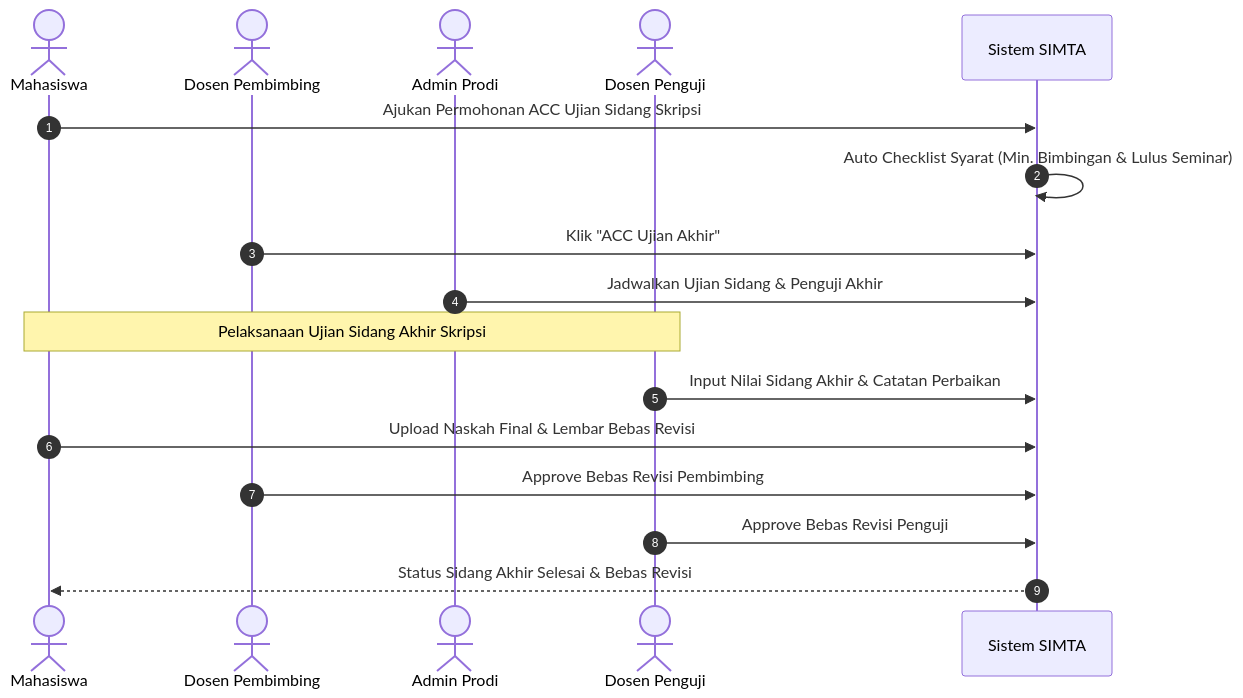
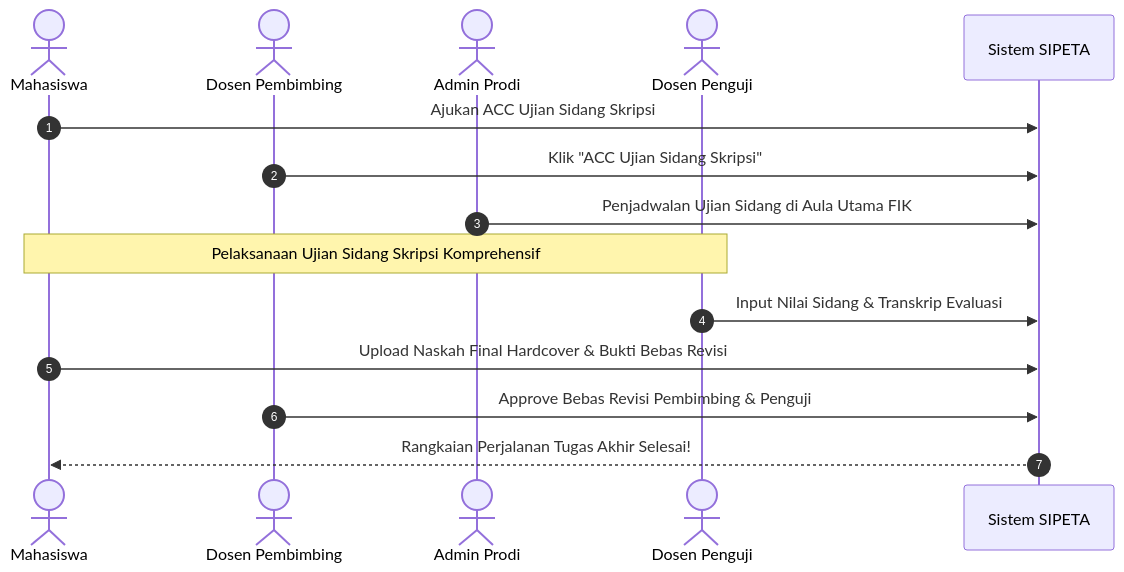
One commit to DanuZen/isi-final-project changed the fifth of 5 diagrams in docs/WORKFLOWS.md. Above: the diagram before and after it, drawn with Mermaid. The commit also changed other lines of this file and 21 other files, not shown here.

````diff
--- a/docs/WORKFLOWS.md
+++ b/docs/WORKFLOWS.md
@@ -144,21 +105,19 @@
 ```mermaid
 sequenceDiagram
     autonumber
     actor M as Mahasiswa
     actor D as Dosen Pembimbing
     actor P as Admin Prodi
     actor G as Dosen Penguji
-    participant S as Sistem SIMTA
+    participant S as Sistem SIPETA
 
-    M->>S: Ajukan Permohonan ACC Ujian Sidang Skripsi
-    S->>S: Auto Checklist Syarat (Min. Bimbingan & Lulus Seminar)
-    D->>S: Klik "ACC Ujian Akhir"
-    P->>S: Jadwalkan Ujian Sidang & Penguji Akhir
+    M->>S: Ajukan ACC Ujian Sidang Skripsi
+    D->>S: Klik "ACC Ujian Sidang Skripsi"
+    P->>S: Penjadwalan Ujian Sidang di Aula Utama FIK
     
-    note over M,G: Pelaksanaan Ujian Sidang Akhir Skripsi
-    G->>S: Input Nilai Sidang Akhir & Catatan Perbaikan
-    M->>S: Upload Naskah Final & Lembar Bebas Revisi
-    D->>S: Approve Bebas Revisi Pembimbing
-    G->>S: Approve Bebas Revisi Penguji
-    S-->>M: Status Sidang Akhir Selesai & Bebas Revisi
+    note over M,G: Pelaksanaan Ujian Sidang Skripsi Komprehensif
+    G->>S: Input Nilai Sidang & Transkrip Evaluasi
+    M->>S: Upload Naskah Final Hardcover & Bukti Bebas Revisi
+    D->>S: Approve Bebas Revisi Pembimbing & Penguji
+    S-->>M: Rangkaian Perjalanan Tugas Akhir Selesai!
 ```
````
